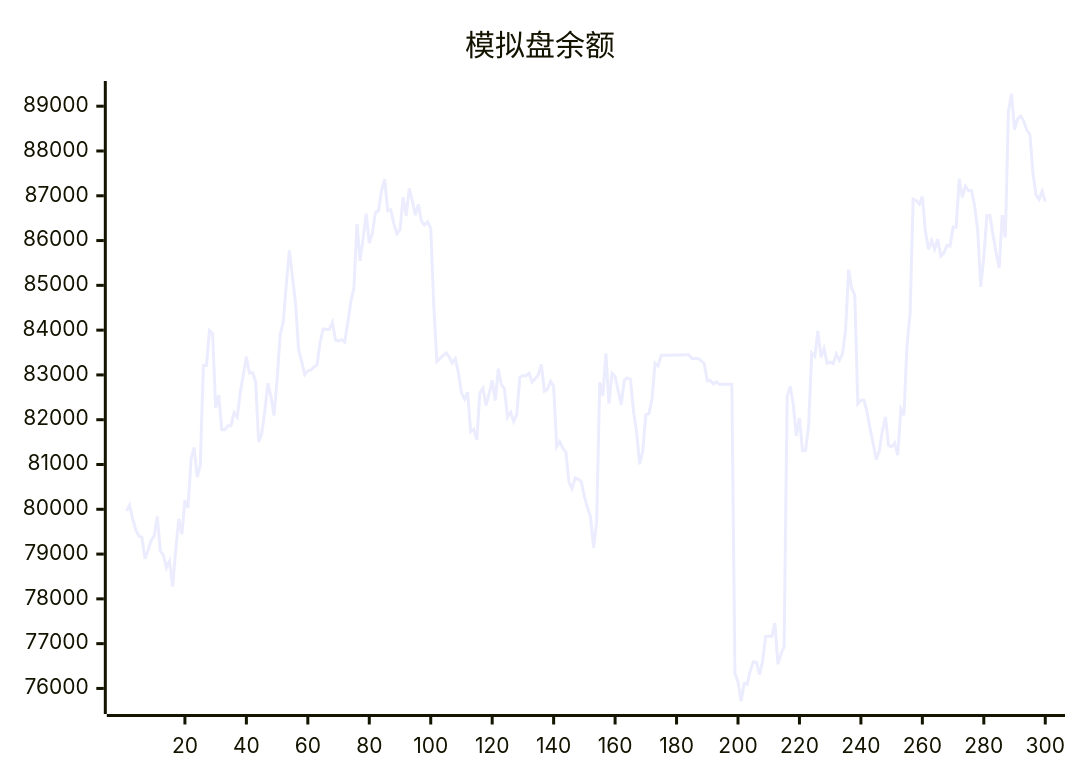
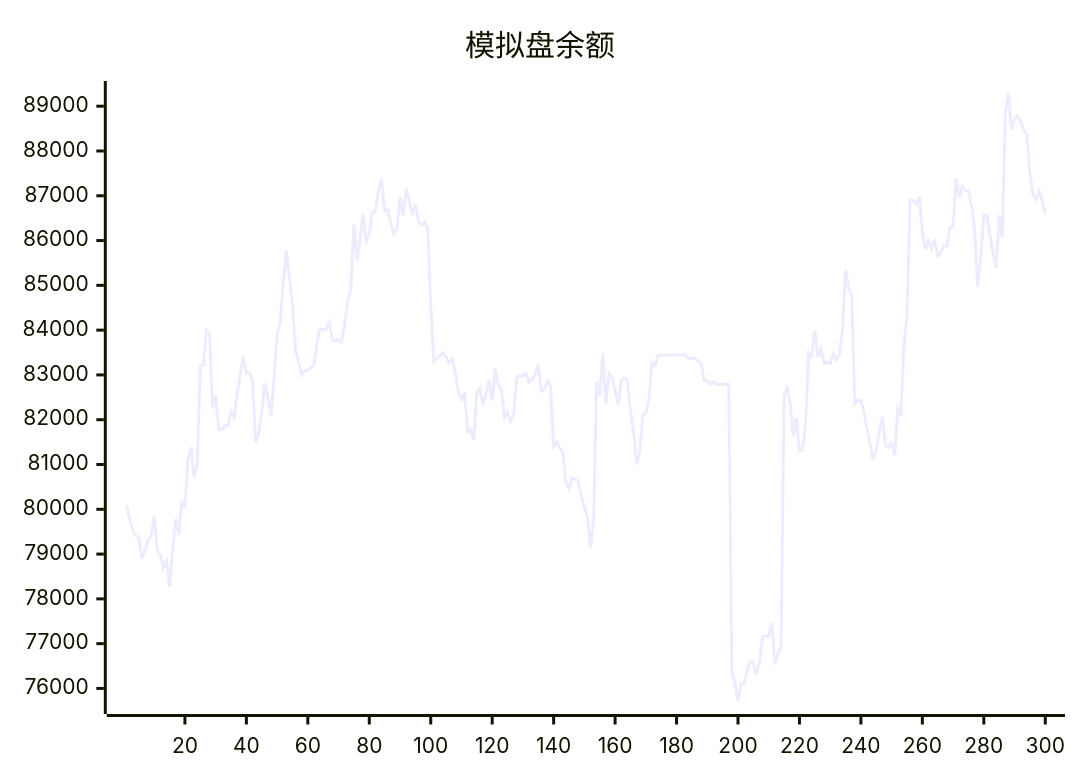
One commit to aahl/ai-trading changed the diagram in README.md. Above: the diagram before and after it, drawn with Mermaid. The commit also changed other lines of this file and 1 other file, not shown here.

````diff
--- a/README.md
+++ b/README.md
@@ -5,5 +5,5 @@
 ```mermaid
 xychart
     title "模拟盘余额"
-    line [79965,80093,79786,79542,79406,79371,78893,79087,79304,79406,79841,79072,78978,78696,78846,78272,79085,79787,79442,80198,80031,81120,81379,80718,80985,83214,83212,83993,83921,82270,82547,81776,81776,81866,81866,82158,82061,82596,83000,83408,83041,83050,82858,81503,81691,82188,82812,82517,82092,82901,83898,84180,85030,85781,85178,84604,83569,83298,83008,83093,83107,83175,83228,83729,84025,84017,84019,84177,83775,83762,83785,83738,84160,84639,84939,86370,85548,86046,86599,85942,86161,86622,86664,87115,87369,86666,86685,86384,86152,86243,86969,86548,87164,86885,86566,86809,86427,86348,86417,86273,84538,83299,83369,83430,83490,83404,83270,83362,83056,82605,82459,82614,81734,81788,81551,82598,82702,82320,82580,82878,82426,83139,82778,82686,82056,82166,81963,82110,82951,82983,82984,83038,82838,82915,82998,83235,82642,82682,82858,82746,81396,81512,81362,81277,80600,80461,80699,80673,80616,80288,80038,79836,79142,79722,82837,82533,83480,82366,83032,82960,82654,82330,82883,82934,82901,82188,81728,81005,81298,82110,82135,82449,83264,83203,83440,83439,83440,83440,83446,83447,83448,83447,83448,83449,83369,83369,83369,83313,83256,82872,82873,82801,82844,82785,82791,82791,82793,82794,76339,76145,75714,76110,76096,76397,76594,76585,76310,76607,77160,77170,77160,77456,76541,76774,76927,82520,82744,82337,81639,82040,81307,81314,81887,83490,83414,83984,83396,83594,83261,83287,83253,83470,83327,83465,83987,85348,84930,84786,82355,82433,82438,82167,81795,81466,81105,81315,81756,82064,81426,81398,81481,81210,82242,82099,83658,84359,86925,86892,86814,86980,86203,85802,86003,85811,86028,85657,85721,85896,85880,86300,86299,87378,86965,87214,87115,87118,86780,86238,84966,85623,86555,86562,86129,85722,85387,86569,86070,88870,89278,88477,88720,88781,88668,88467,88372,87493,87018,86917,87102,86870]
+    line [80093,79786,79542,79406,79371,78893,79087,79304,79406,79841,79072,78978,78696,78846,78272,79085,79787,79442,80198,80031,81120,81379,80718,80985,83214,83212,83993,83921,82270,82547,81776,81776,81866,81866,82158,82061,82596,83000,83408,83041,83050,82858,81503,81691,82188,82812,82517,82092,82901,83898,84180,85030,85781,85178,84604,83569,83298,83008,83093,83107,83175,83228,83729,84025,84017,84019,84177,83775,83762,83785,83738,84160,84639,84939,86370,85548,86046,86599,85942,86161,86622,86664,87115,87369,86666,86685,86384,86152,86243,86969,86548,87164,86885,86566,86809,86427,86348,86417,86273,84538,83299,83369,83430,83490,83404,83270,83362,83056,82605,82459,82614,81734,81788,81551,82598,82702,82320,82580,82878,82426,83139,82778,82686,82056,82166,81963,82110,82951,82983,82984,83038,82838,82915,82998,83235,82642,82682,82858,82746,81396,81512,81362,81277,80600,80461,80699,80673,80616,80288,80038,79836,79142,79722,82837,82533,83480,82366,83032,82960,82654,82330,82883,82934,82901,82188,81728,81005,81298,82110,82135,82449,83264,83203,83440,83439,83440,83440,83446,83447,83448,83447,83448,83449,83369,83369,83369,83313,83256,82872,82873,82801,82844,82785,82791,82791,82793,82794,76339,76145,75714,76110,76096,76397,76594,76585,76310,76607,77160,77170,77160,77456,76541,76774,76927,82520,82744,82337,81639,82040,81307,81314,81887,83490,83414,83984,83396,83594,83261,83287,83253,83470,83327,83465,83987,85348,84930,84786,82355,82433,82438,82167,81795,81466,81105,81315,81756,82064,81426,81398,81481,81210,82242,82099,83658,84359,86925,86892,86814,86980,86203,85802,86003,85811,86028,85657,85721,85896,85880,86300,86299,87378,86965,87214,87115,87118,86780,86238,84966,85623,86555,86562,86129,85722,85387,86569,86070,88870,89278,88477,88720,88781,88668,88467,88372,87493,87018,86917,87102,86870,86613]
 ```
````
